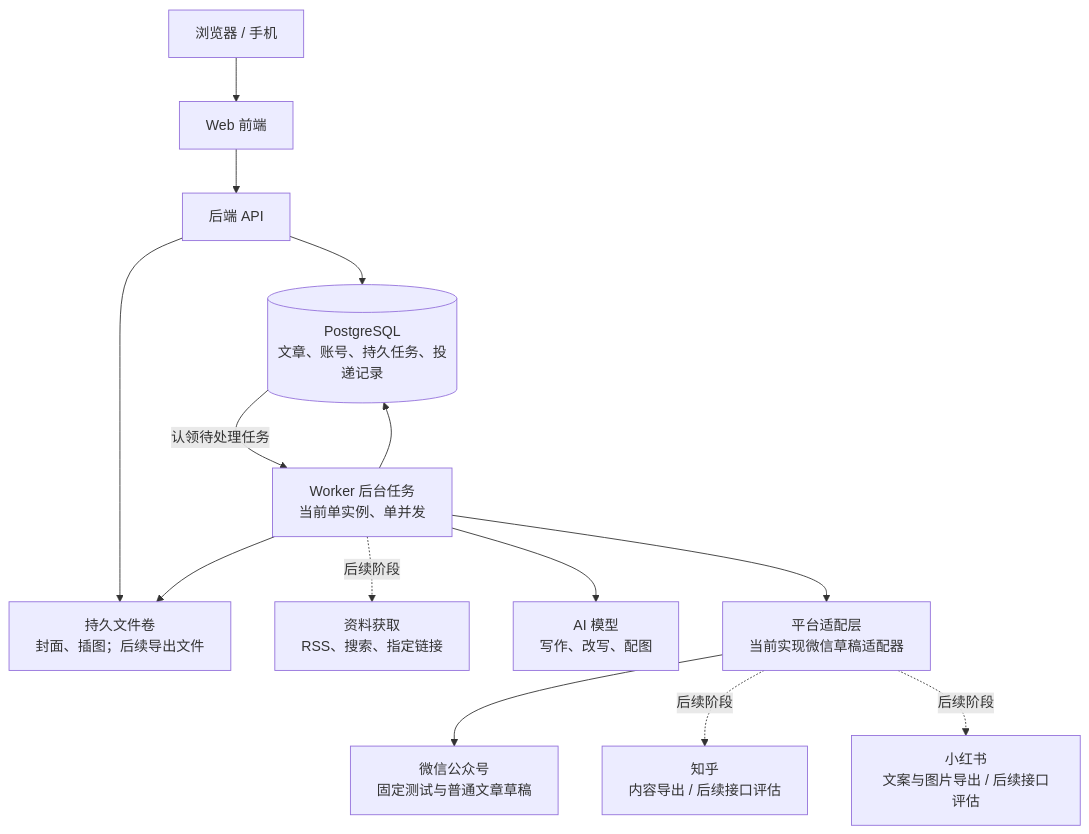
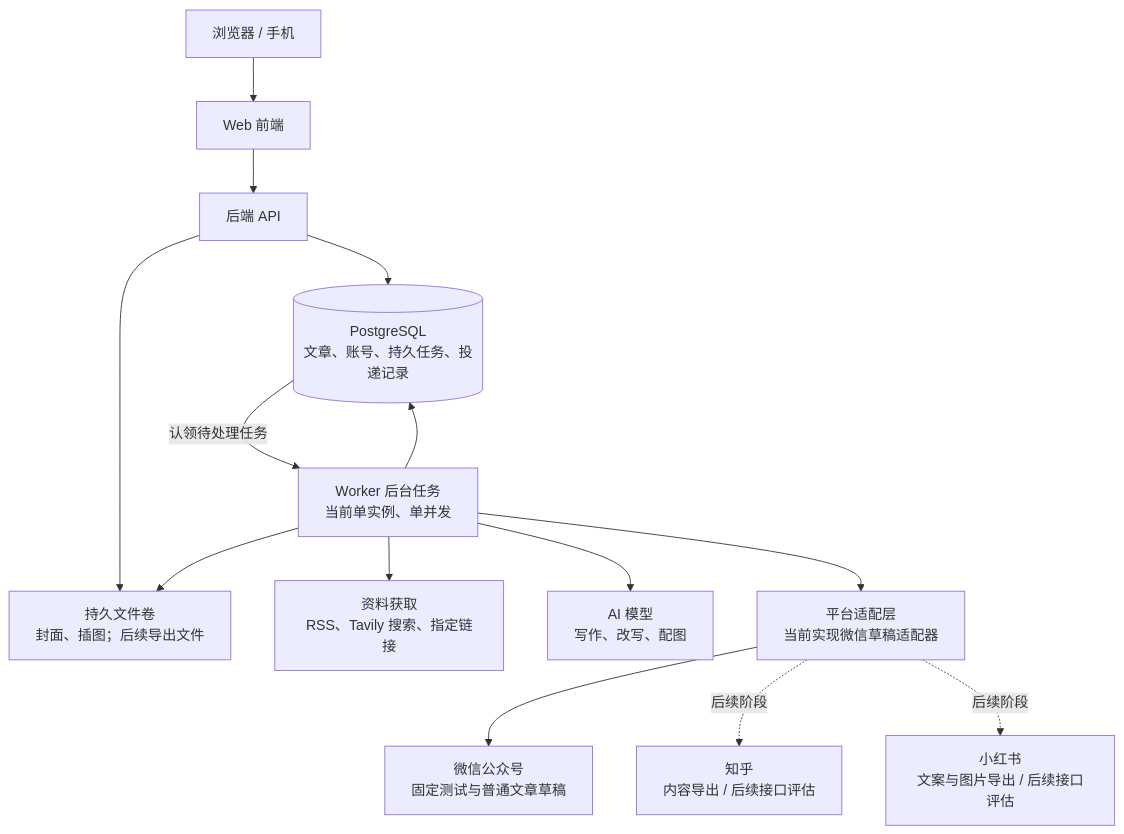
One commit to brucewar/tattoo changed the diagram in docs/ARCHITECTURE.md. Above: the diagram before and after it, drawn with Mermaid. The commit also changed other lines of this file and 45 other files, not shown here.

Commit message:
feat(sources): collect links, RSS and Tavily search for AI writing

````diff
--- a/docs/ARCHITECTURE.md
+++ b/docs/ARCHITECTURE.md
@@ -9,16 +9,16 @@
 ```mermaid
 flowchart TB
     U["浏览器 / 手机"] --> W["Web 前端"]
     W --> API["后端 API"]
     API --> DB[("PostgreSQL<br/>文章、账号、持久任务、投递记录")]
     DB -->|认领待处理任务| WK["Worker 后台任务<br/>当前单实例、单并发"]
     WK --> DB
     API --> F["持久文件卷<br/>封面、插图；后续导出文件"]
     WK --> F
-    WK -. 后续阶段 .-> S["资料获取<br/>RSS、搜索、指定链接"]
+    WK --> S["资料获取<br/>RSS、Tavily 搜索、指定链接"]
     WK --> AI["AI 模型<br/>写作、改写、配图"]
     WK --> P["平台适配层<br/>当前实现微信草稿适配器"]
     P --> WX["微信公众号<br/>固定测试与普通文章草稿"]
     P -. 后续阶段 .-> ZH["知乎<br/>内容导出 / 后续接口评估"]
     P -. 后续阶段 .-> XHS["小红书<br/>文案与图片导出 / 后续接口评估"]
 ```
````
